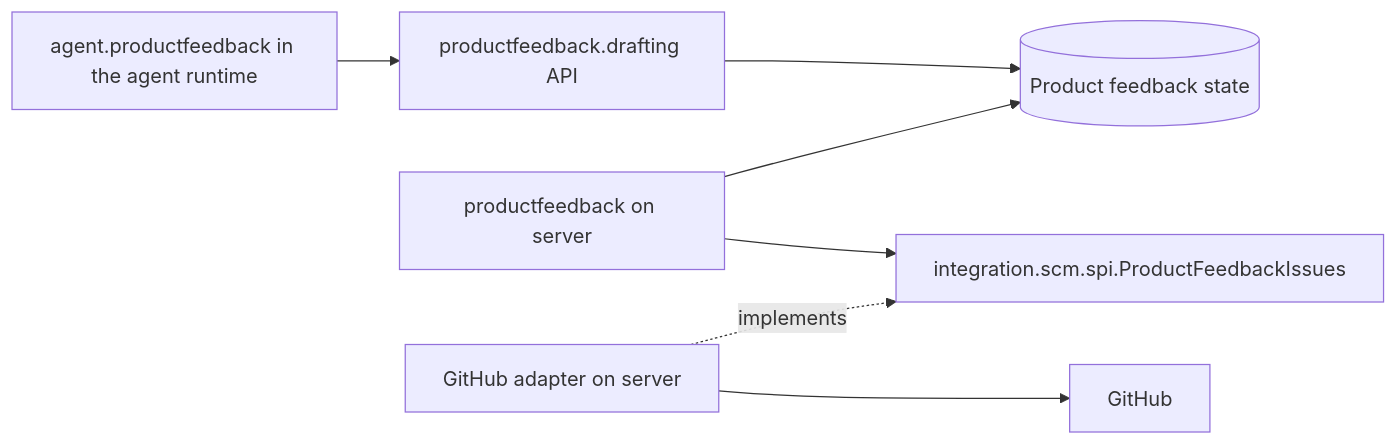
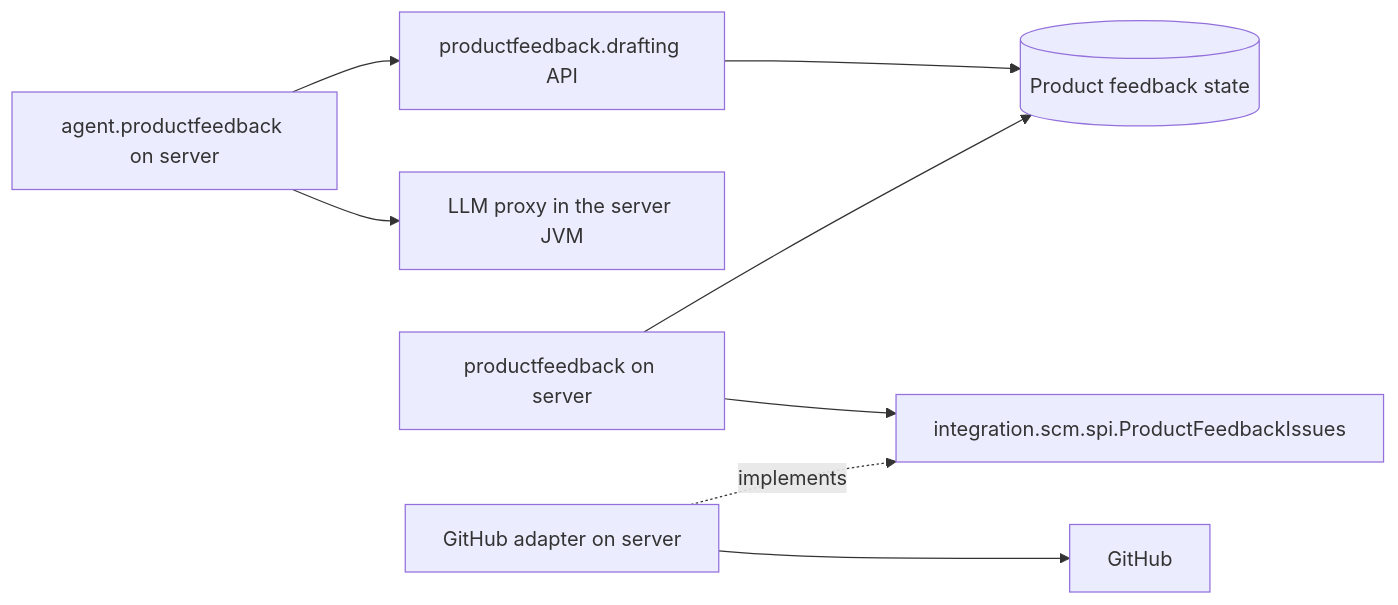
The first of 2 diagrams in docs/contributor/product-feedback.mdx (hephaestus-build/Hephaestus), drawn with Mermaid before and after one commit. The commit also changed other lines of this file and 73 other files, not shown here.

Commit message:
feat(server): draft product feedback through the action outbox

````diff
--- a/docs/contributor/product-feedback.mdx
+++ b/docs/contributor/product-feedback.mdx
@@ -24,11 +26,12 @@
 ```mermaid
 flowchart LR
     accTitle: Product feedback module and role boundaries
-    accDescr: The model adapter of the agent runtime claims draft work from productfeedback. The server routes and files through the GitHub adapter.
-    A[agent.productfeedback in the agent runtime] --> D[productfeedback.drafting API]
+    accDescr: The draft adapter on the server reads the draft call from productfeedback and sends it through the LLM proxy. The server routes and files through the GitHub adapter.
+    A[agent.productfeedback on server] --> D[productfeedback.drafting API]
+    A --> L[LLM proxy in the server JVM]
     D --> DB[(Product feedback state)]
     S[productfeedback on server] --> DB
     S --> P[integration.scm.spi.ProductFeedbackIssues]
     G[GitHub adapter on server] -. implements .-> P
     G --> GH[GitHub]
 ```
````
